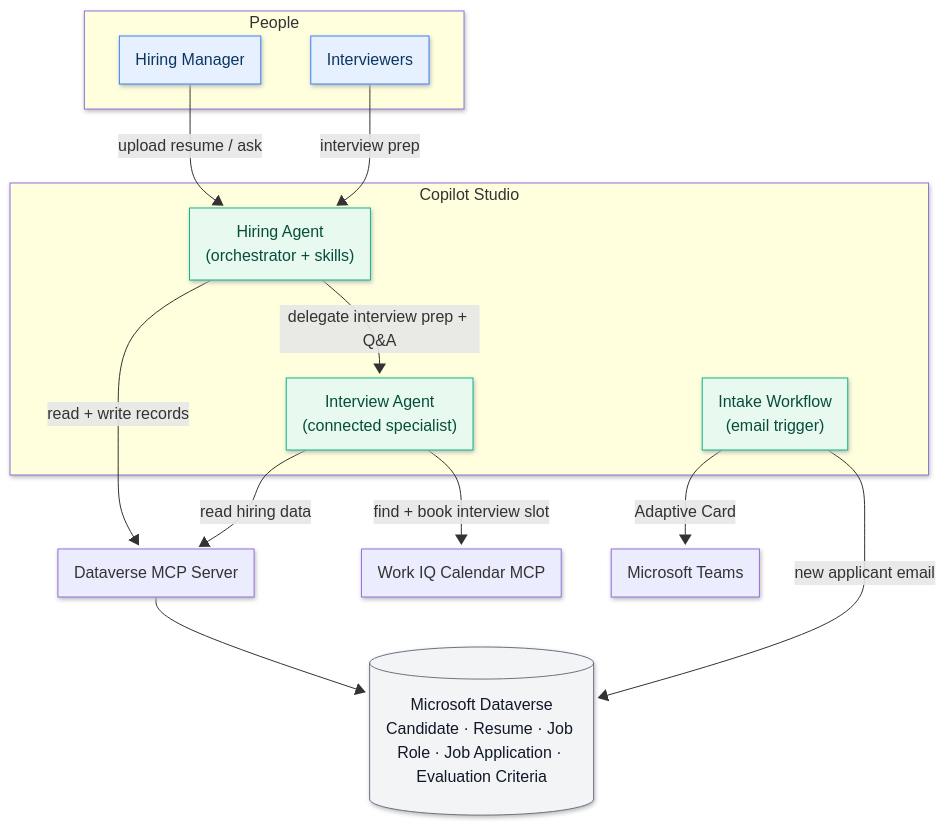
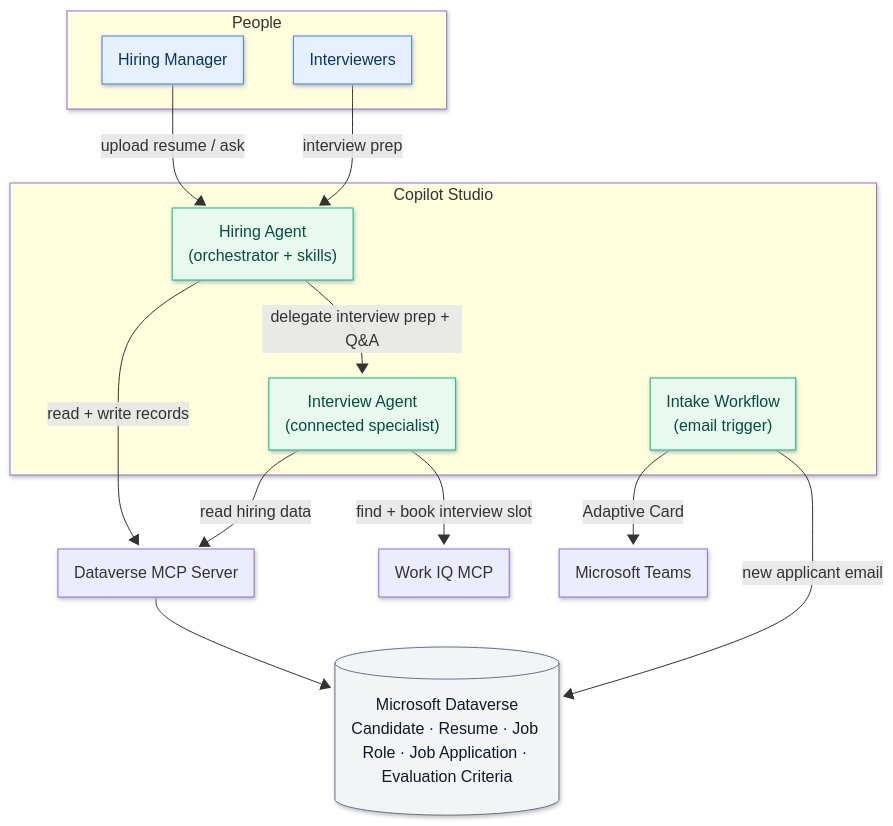
One commit to microsoft/agent-academy changed the diagram in docs/operative-nextgen/01-get-started/index.md. Above: the diagram before and after it, drawn with Mermaid. The commit also changed other lines of this file and 116 other files, not shown here.

````diff
--- a/docs/operative-nextgen/01-get-started/index.md
+++ b/docs/operative-nextgen/01-get-started/index.md
@@ -82,40 +82,40 @@
 ```mermaid
 ---
 config:
    look: neo
    flowchart:
       useMaxWidth: false
 ---
 flowchart TB
   subgraph People["People"]
     HM["Hiring Manager"]
     INT["Interviewers"]
   end
   subgraph Agents["Copilot Studio"]
     HA["Hiring Agent<br/>(orchestrator + skills)"]
     IA["Interview Agent<br/>(connected specialist)"]
     WF["Intake Workflow<br/>(email trigger)"]
   end
   DV[("Microsoft Dataverse<br/>Candidate · Resume · Job Role · Job Application · Evaluation Criteria")]
   MCP["Dataverse MCP Server"]
-  CAL["Work IQ Calendar MCP"]
+  CAL["Work IQ MCP"]
   TEAMS["Microsoft Teams"]
 
   HM -- "upload resume / ask" --> HA
   INT -- "interview prep" --> HA
   HA -- "read + write records" --> MCP --> DV
   HA -- "delegate interview prep + Q&A" --> IA
   IA -- "read hiring data" --> MCP
   WF -- "new applicant email" --> DV
   WF -- "Adaptive Card" --> TEAMS
   IA -- "find + book interview slot" --> CAL
   classDef person fill:#e6f0ff,stroke:#3b82f6,color:#0b3660
   classDef agent fill:#e8f9ef,stroke:#10b981,color:#064e3b
   classDef data fill:#f3f4f6,stroke:#6b7280,color:#111827
   HM:::person
   INT:::person
   HA:::agent
   IA:::agent
   WF:::agent
   DV:::data
 ```
````
